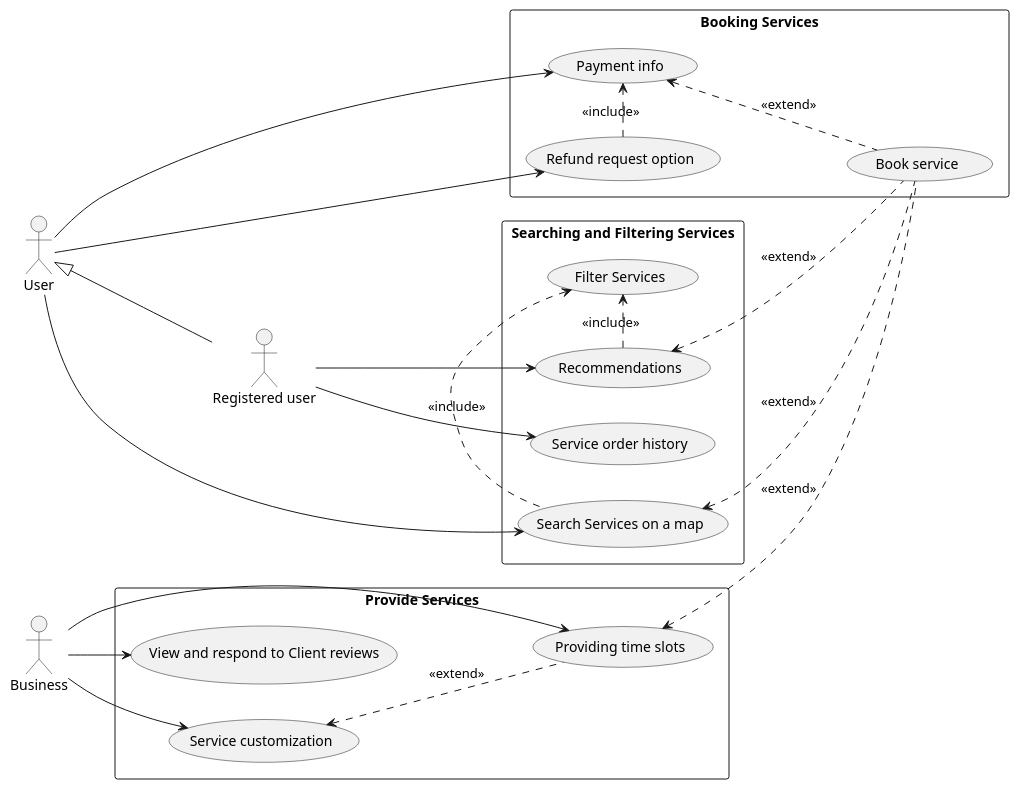
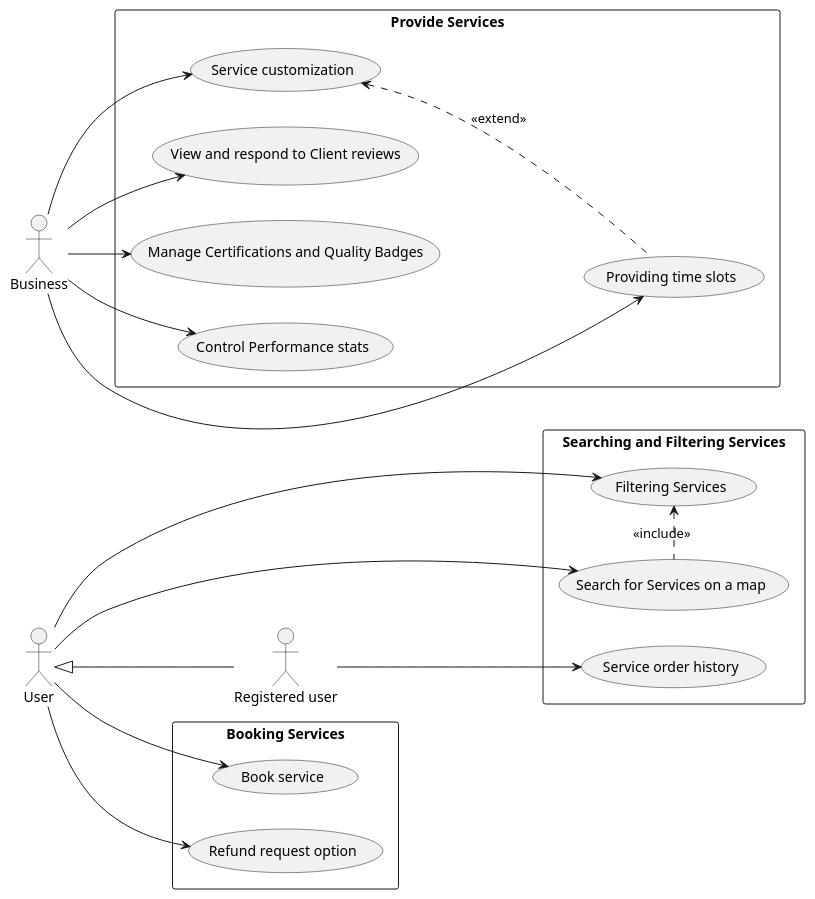
The diagram in uml/uml-usecase-diagram.plantuml (JuhTyg010/Vellure-NSWI041), drawn with PlantUML before and after one commit. The commit also changed 4 other files, not shown here.

Commit message:
Fixed uml digrams

```diff
--- a/uml/uml-usecase-diagram.plantuml
+++ b/uml/uml-usecase-diagram.plantuml
@@ -1,45 +1,42 @@
 @startuml
 left to right direction
 actor "User" as AC_U
 actor "Registered user" as AC_FT
 actor "Business" as AC_B
 
 rectangle "Searching and Filtering Services" {
-    usecase "Search Services on a map" as UC_SM
-    usecase "Recommendations" as UC_RS
-    usecase "Filter Services" AS UC_FS
+    usecase "Search for Services on a map" as UC_SM
+    usecase "Filtering Services" AS UC_FS
     usecase "Service order history" as UC_SO
 }
 rectangle "Booking Services" {
     usecase "Book service" as UC_BS
     usecase "Refund request option" as UC_RR
-    usecase "Payment info" as UC_PI
 }
 
 rectangle "Provide Services" {
     usecase "Providing time slots" as UC_PS
     usecase "Service customization" as UC_SC
     usecase "View and respond to Client reviews" as UC_RC
+    usecase "Manage Certifications and Quality Badges" as UC_MC
+    usecase "Control Performance stats" as UC_CPS
 }
 
-UC_BS .u.> UC_SM : <<extend>>
-UC_BS .u.> UC_RS : <<extend>>
-UC_BS .u.> UC_PI : <<extend>>
-UC_BS .u.> UC_PS : <<extend>>
+
 UC_SM .l.> UC_FS : <<include>>
-UC_RS .r.> UC_FS : <<include>>
-UC_RR .r.> UC_PI : <<include>>
 
 UC_PS .u.> UC_SC : <<extend>>
 
 AC_U --> UC_SM
-AC_U --> UC_PI
 AC_U --> UC_RR
+AC_U --> UC_BS
+AC_U --> UC_FS
 AC_FT -u-|> AC_U
-AC_FT --> UC_RS
 AC_FT --> UC_SO
 
 AC_B --> UC_PS
 AC_B --> UC_SC
 AC_B --> UC_RC
+AC_B --> UC_MC
+AC_B --> UC_CPS
 @enduml
```
